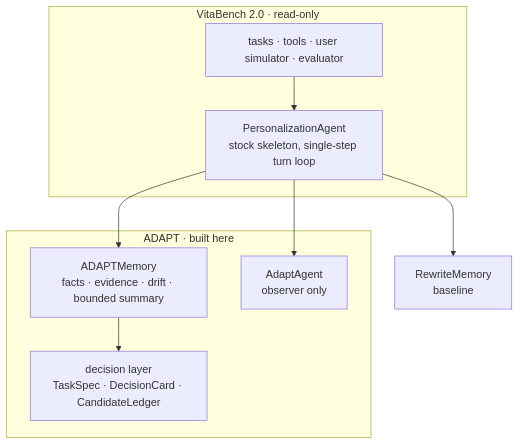
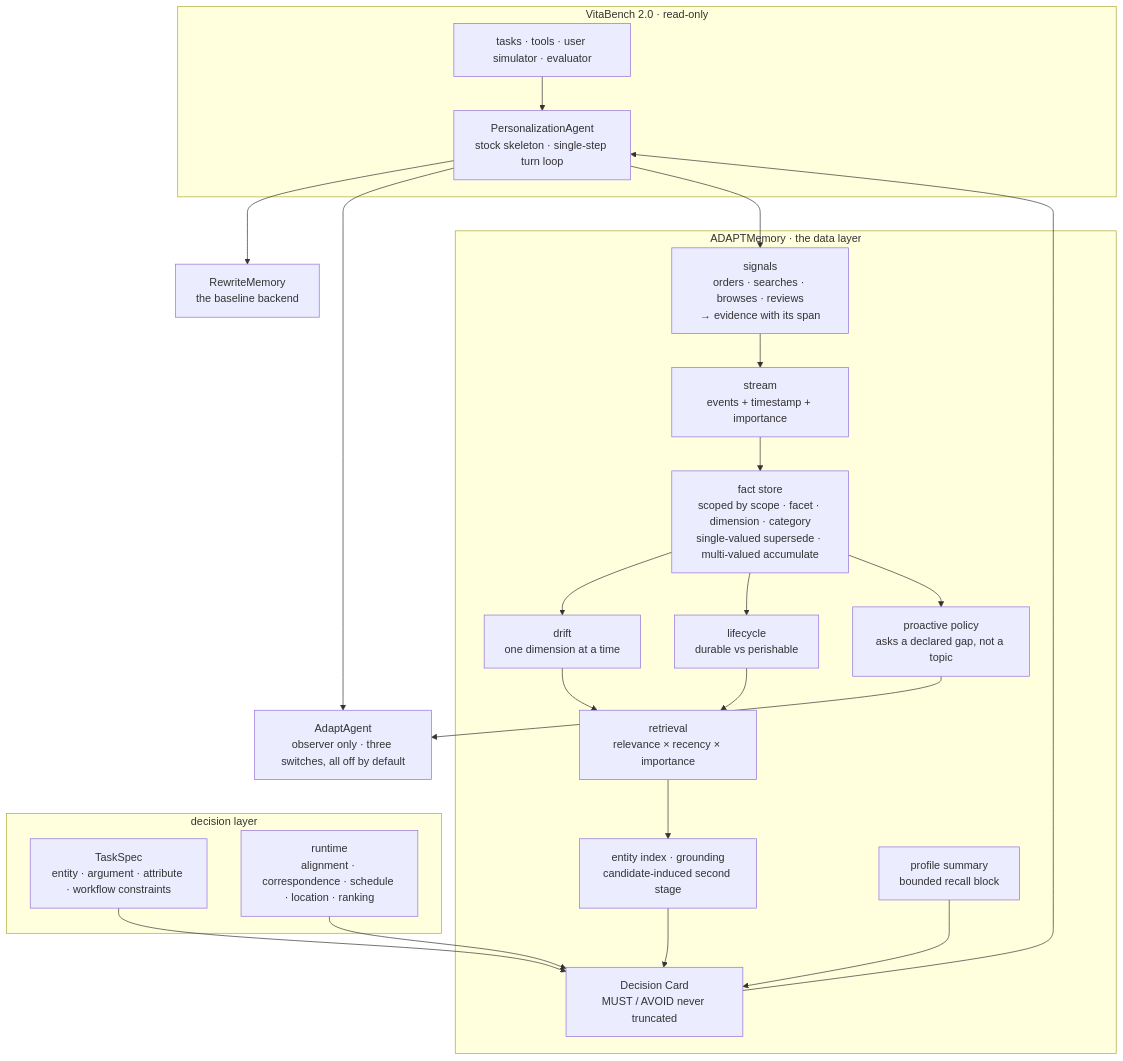
Before and after one commit to lixiao69sysu/ADAPT: the diagram in README.md, drawn with Mermaid. The commit also changed other lines of this file, not shown here.

Commit message:
docs(readme): enrich the mermaid diagram so the internals are visible in the graph
Following the correction: the detail belongs in the diagram, not in prose tables.
The single ADAPTMemory box becomes the actual pipeline, and the decision layer is
split into what it compiles and what it resolves.

Nodes now shown inside the data layer: signals (with the interactions they parse
and the span they keep), stream, fact store (with the scoping key and the
supersede-versus-accumulate rule), drift, lifecycle, retrieval, entity index and
grounding, the proactive policy, the Decision Card and the profile summary. The
decision layer shows TaskSpec and the runtime resolvers. Edges carry the pipeline:
signals -> stream -> facts -> drift/lifecycle -> retrieval -> grounding -> card,
with the question path branching off the facts and the summary feeding the card.

Checked structurally, which is the part that can be checked without a renderer:
3 subgraphs balanced by 3 ends, 19 node definitions with no duplicate id, 18 edges
whose endpoints are all defined, and no orphan nodes except the three subgraph
containers themselves. 379 -> 411 lines.

````diff
--- a/README.md
+++ b/README.md
@@ -198,19 +198,46 @@
 ```mermaid
 flowchart TB
     subgraph VB["VitaBench 2.0 · read-only"]
         T["tasks · tools · user simulator · evaluator"]
-        S["PersonalizationAgent<br/>stock skeleton, single-step turn loop"]
+        S["PersonalizationAgent<br/>stock skeleton · single-step turn loop"]
     end
-    subgraph AP["ADAPT · built here"]
-        M["ADAPTMemory<br/>facts · evidence · drift · bounded summary"]
-        D["decision layer<br/>TaskSpec · DecisionCard · CandidateLedger"]
-        A["AdaptAgent<br/>observer only"]
+
+    subgraph MEM["ADAPTMemory · the data layer"]
+        SG["signals<br/>orders · searches · browses · reviews<br/>→ evidence with its span"]
+        ST["stream<br/>events + timestamp + importance"]
+        FC["fact store<br/>scoped by scope · facet · dimension · category<br/>single-valued supersede · multi-valued accumulate"]
+        DL["drift<br/>one dimension at a time"]
+        LC["lifecycle<br/>durable vs perishable"]
+        RT["retrieval<br/>relevance × recency × importance"]
+        GD["entity index · grounding<br/>candidate-induced second stage"]
+        PQ["proactive policy<br/>asks a declared gap, not a topic"]
+        CARD["Decision Card<br/>MUST / AVOID never truncated"]
+        SUM["profile summary<br/>bounded recall block"]
+
+        SG --> ST --> FC
+        FC --> DL
+        FC --> LC
+        DL --> RT
+        LC --> RT
+        RT --> GD --> CARD
+        SUM --> CARD
+        FC --> PQ
     end
-    R["RewriteMemory<br/>baseline"]
+
+    subgraph DEC["decision layer"]
+        TS["TaskSpec<br/>entity · argument · attribute · workflow constraints"]
+        RN["runtime<br/>alignment · correspondence · schedule · location · ranking"]
+    end
+
+    A["AdaptAgent<br/>observer only · three switches, all off by default"]
+    R["RewriteMemory<br/>the baseline backend"]
 
     T --> S
     S --> R
-    S --> M
     S --> A
-    M --> D
+    S --> SG
+    TS --> CARD
+    RN --> CARD
+    CARD --> S
+    PQ --> A
 ```
````
